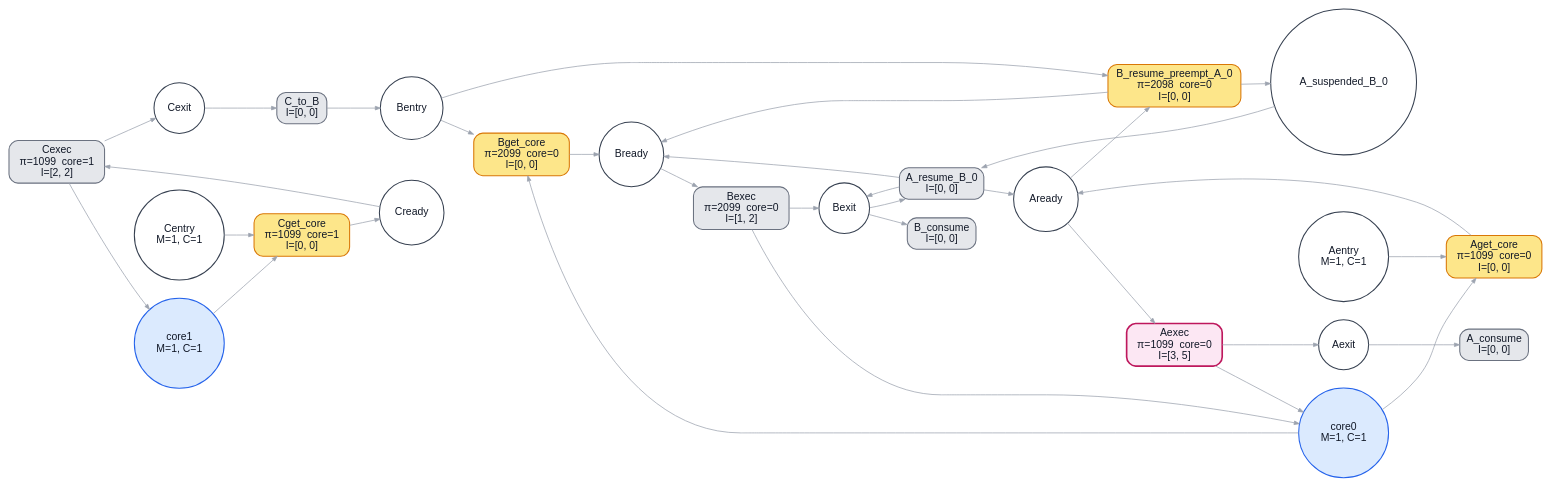
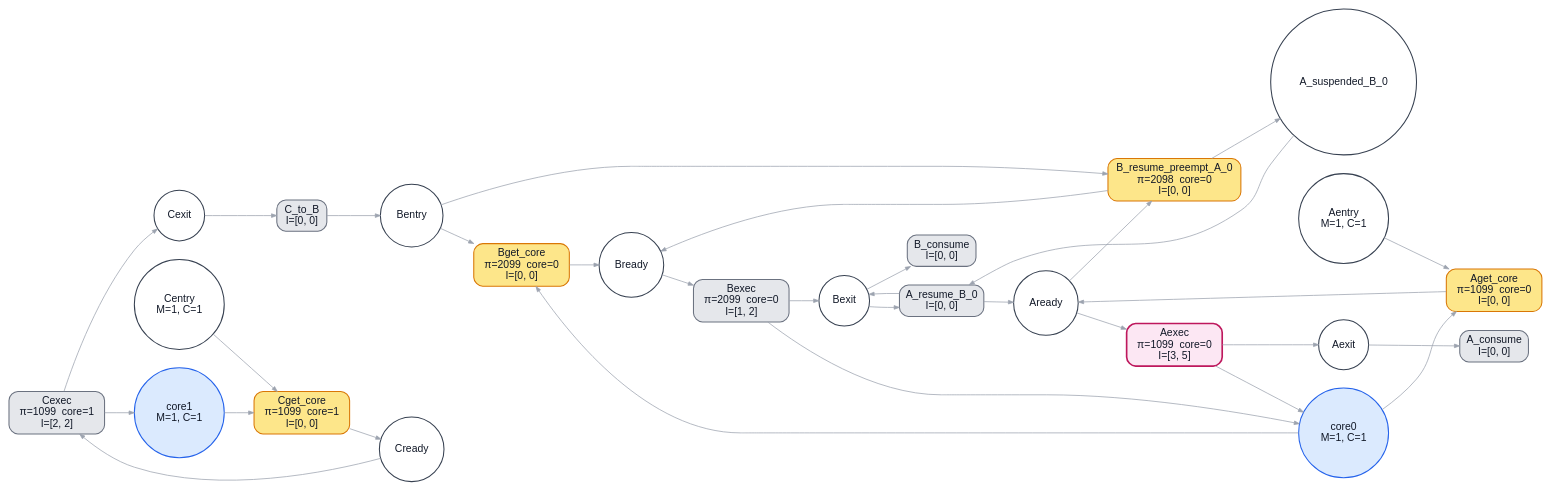
The diagram in example/bench/preemption_delayed/ptpn.dot (kevindadi/PPTPN), drawn with Graphviz before and after one commit. The commit also changed 22 other files, not shown here.

```diff
--- a/example/bench/preemption_delayed/ptpn.dot
+++ b/example/bench/preemption_delayed/ptpn.dot
@@ -1,59 +1,58 @@
 digraph G {
 graph [rankdir=LR, fontname="Helvetica", nodesep=0.35, ranksep=0.55, bgcolor="white"];
 node [fontname="Helvetica", margin=0.08, style="filled,rounded", fontcolor="#111827"];
 edge [fontname="Helvetica", color="#9ca3af", arrowsize=0.7];
 "Bentry" [label="Bentry", shape="circle", style="filled,rounded", fillcolor="#ffffff", color="#374151", fontcolor="#111827", penwidth="1.4"];
 "Bready" [label="Bready", shape="circle", style="filled,rounded", fillcolor="#ffffff", color="#374151", fontcolor="#111827", penwidth="1.4"];
 "Bexit" [label="Bexit", shape="circle", style="filled,rounded", fillcolor="#ffffff", color="#374151", fontcolor="#111827", penwidth="1.4"];
 "Centry" [label="Centry\nM=1, C=1", shape="circle", style="filled,rounded", fillcolor="#ffffff", color="#374151", fontcolor="#111827", penwidth="1.4"];
 "Cready" [label="Cready", shape="circle", style="filled,rounded", fillcolor="#ffffff", color="#374151", fontcolor="#111827", penwidth="1.4"];
 "Cexit" [label="Cexit", shape="circle", style="filled,rounded", fillcolor="#ffffff", color="#374151", fontcolor="#111827", penwidth="1.4"];
 "Aentry" [label="Aentry\nM=1, C=1", shape="circle", style="filled,rounded", fillcolor="#ffffff", color="#374151", fontcolor="#111827", penwidth="1.4"];
 "Aready" [label="Aready", shape="circle", style="filled,rounded", fillcolor="#ffffff", color="#374151", fontcolor="#111827", penwidth="1.4"];
 "Aexit" [label="Aexit", shape="circle", style="filled,rounded", fillcolor="#ffffff", color="#374151", fontcolor="#111827", penwidth="1.4"];
 "A_suspended_B_0" [label="A_suspended_B_0", shape="circle", style="filled,rounded", fillcolor="#ffffff", color="#374151", fontcolor="#111827", penwidth="1.4"];
 "core0" [label="core0\nM=1, C=1", shape="circle", style="filled,rounded", fillcolor="#dbeafe", color="#2563eb", fontcolor="#111827", penwidth="1.4"];
 "core1" [label="core1\nM=1, C=1", shape="circle", style="filled,rounded", fillcolor="#dbeafe", color="#2563eb", fontcolor="#111827", penwidth="1.4"];
 "Bget_core" [label="Bget_core\nπ=2099  core=0\nI=[0, 0]", shape="box", style="filled,rounded", fillcolor="#fde68a", color="#d97706", fontcolor="#111827", penwidth="1.4"];
 "Bexec" [label="Bexec\nπ=2099  core=0\nI=[1, 2]", shape="box", style="filled,rounded", fillcolor="#e5e7eb", color="#6b7280", fontcolor="#111827", penwidth="1.4"];
 "Cget_core" [label="Cget_core\nπ=1099  core=1\nI=[0, 0]", shape="box", style="filled,rounded", fillcolor="#fde68a", color="#d97706", fontcolor="#111827", penwidth="1.4"];
 "Cexec" [label="Cexec\nπ=1099  core=1\nI=[2, 2]", shape="box", style="filled,rounded", fillcolor="#e5e7eb", color="#6b7280", fontcolor="#111827", penwidth="1.4"];
 "Aget_core" [label="Aget_core\nπ=1099  core=0\nI=[0, 0]", shape="box", style="filled,rounded", fillcolor="#fde68a", color="#d97706", fontcolor="#111827", penwidth="1.4"];
 "Aexec" [label="Aexec\nπ=1099  core=0\nI=[3, 5]", shape="box", style="filled,rounded", fillcolor="#fce7f3", color="#be185d", fontcolor="#111827", penwidth="2.2"];
 "C_to_B" [label="C_to_B\nI=[0, 0]", shape="box", style="filled,rounded", fillcolor="#e5e7eb", color="#6b7280", fontcolor="#111827", penwidth="1.4"];
 "A_consume" [label="A_consume\nI=[0, 0]", shape="box", style="filled,rounded", fillcolor="#e5e7eb", color="#6b7280", fontcolor="#111827", penwidth="1.4"];
 "B_consume" [label="B_consume\nI=[0, 0]", shape="box", style="filled,rounded", fillcolor="#e5e7eb", color="#6b7280", fontcolor="#111827", penwidth="1.4"];
 "B_resume_preempt_A_0" [label="B_resume_preempt_A_0\nπ=2098  core=0\nI=[0, 0]", shape="box", style="filled,rounded", fillcolor="#fde68a", color="#d97706", fontcolor="#111827", penwidth="1.4"];
 "A_resume_B_0" [label="A_resume_B_0\nI=[0, 0]", shape="box", style="filled,rounded", fillcolor="#e5e7eb", color="#6b7280", fontcolor="#111827", penwidth="1.4"];
 "Bentry" -> "Bget_core" [label="", color="#9ca3af", penwidth="1.0"];
 "Bentry" -> "B_resume_preempt_A_0" [label="", color="#9ca3af", penwidth="1.0"];
 "Bready" -> "Bexec" [label="", color="#9ca3af", penwidth="1.0"];
 "Bexit" -> "B_consume" [label="", color="#9ca3af", penwidth="1.0"];
 "Bexit" -> "A_resume_B_0" [label="", color="#9ca3af", penwidth="1.0"];
 "Centry" -> "Cget_core" [label="", color="#9ca3af", penwidth="1.0"];
 "Cready" -> "Cexec" [label="", color="#9ca3af", penwidth="1.0"];
 "Cexit" -> "C_to_B" [label="", color="#9ca3af", penwidth="1.0"];
 "Aentry" -> "Aget_core" [label="", color="#9ca3af", penwidth="1.0"];
 "Aready" -> "Aexec" [label="", color="#9ca3af", penwidth="1.0"];
 "Aready" -> "B_resume_preempt_A_0" [label="", color="#9ca3af", penwidth="1.0"];
 "Aexit" -> "A_consume" [label="", color="#9ca3af", penwidth="1.0"];
 "A_suspended_B_0" -> "A_resume_B_0" [label="", color="#9ca3af", penwidth="1.0"];
 "core0" -> "Bget_core" [label="", color="#9ca3af", penwidth="1.0"];
 "core0" -> "Aget_core" [label="", color="#9ca3af", penwidth="1.0"];
 "core1" -> "Cget_core" [label="", color="#9ca3af", penwidth="1.0"];
 "Bget_core" -> "Bready" [label="", color="#9ca3af", penwidth="1.0"];
 "Bexec" -> "Bexit" [label="", color="#9ca3af", penwidth="1.0"];
 "Bexec" -> "core0" [label="", color="#9ca3af", penwidth="1.0"];
 "Cget_core" -> "Cready" [label="", color="#9ca3af", penwidth="1.0"];
 "Cexec" -> "Cexit" [label="", color="#9ca3af", penwidth="1.0"];
 "Cexec" -> "core1" [label="", color="#9ca3af", penwidth="1.0"];
 "Aget_core" -> "Aready" [label="", color="#9ca3af", penwidth="1.0"];
 "Aexec" -> "Aexit" [label="", color="#9ca3af", penwidth="1.0"];
 "Aexec" -> "core0" [label="", color="#9ca3af", penwidth="1.0"];
 "C_to_B" -> "Bentry" [label="", color="#9ca3af", penwidth="1.0"];
 "B_resume_preempt_A_0" -> "Bready" [label="", color="#9ca3af", penwidth="1.0"];
 "B_resume_preempt_A_0" -> "A_suspended_B_0" [label="", color="#9ca3af", penwidth="1.0"];
-"A_resume_B_0" -> "Bready" [label="", color="#9ca3af", penwidth="1.0"];
 "A_resume_B_0" -> "Bexit" [label="", color="#9ca3af", penwidth="1.0"];
 "A_resume_B_0" -> "Aready" [label="", color="#9ca3af", penwidth="1.0"];
 }
```
